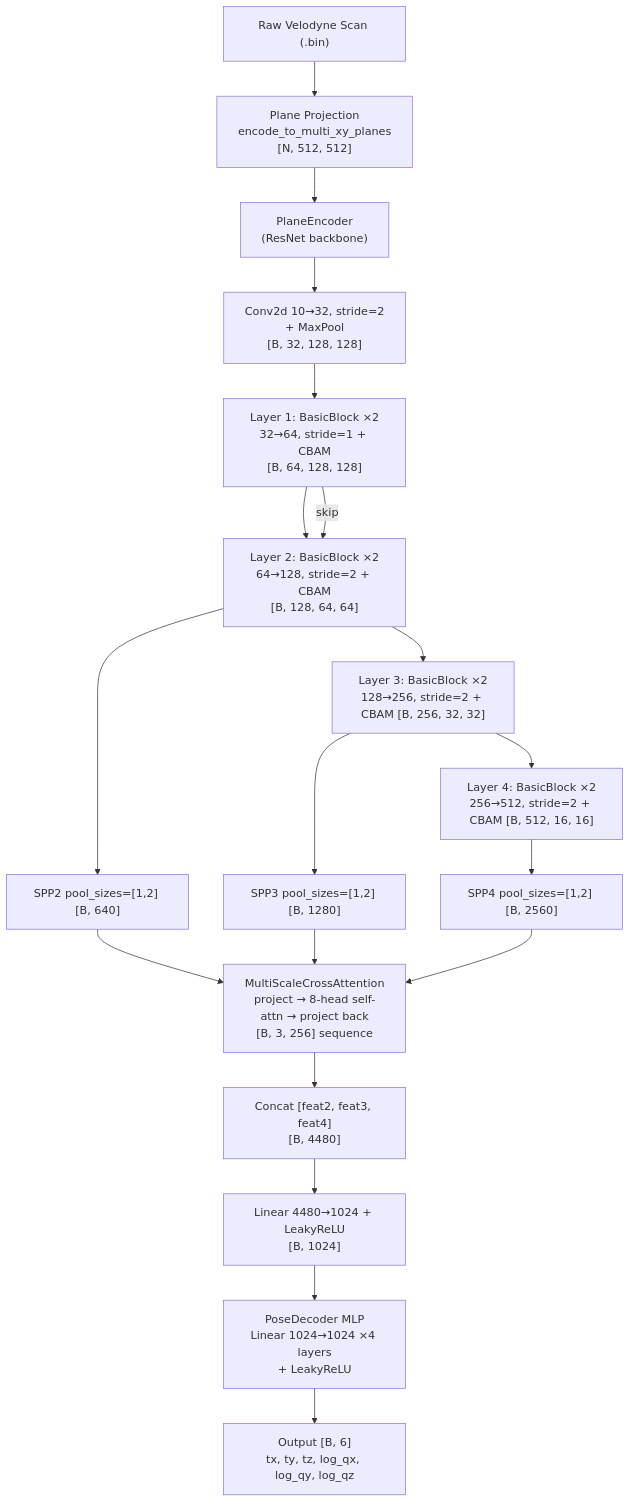
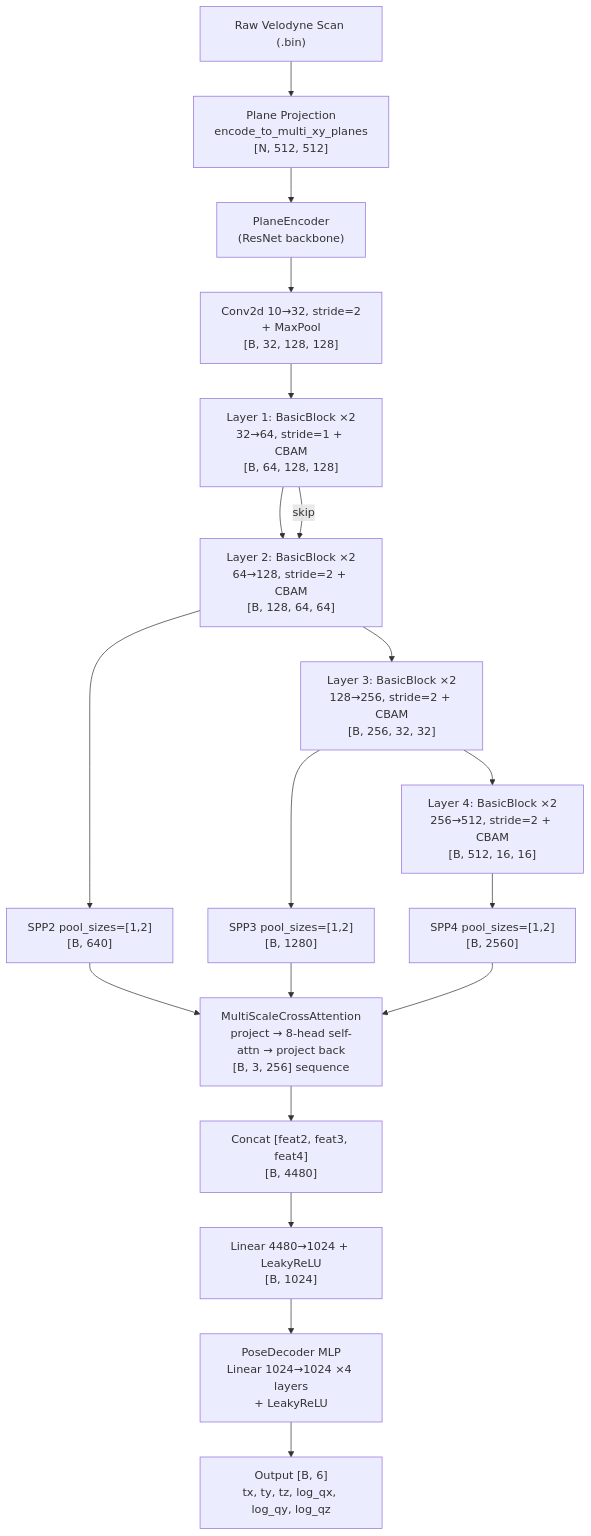
Before and after one commit to ayaancdry/HexaLoc: the first of 3 diagrams in README.md, drawn with Mermaid. The commit also changed other lines of this file, not shown here.

Commit message:
updated README with better instructions

````diff
--- a/README.md
+++ b/README.md
@@ -43,26 +43,26 @@
 ```mermaid
 flowchart TD
     A["Raw Velodyne Scan (.bin)"] --> B["Plane Projection\nencode_to_multi_xy_planes\n[N, 512, 512]"]
     B --> C["PlaneEncoder\n(ResNet backbone)"]
 
     C --> D["Conv2d 10→32, stride=2\n+ MaxPool\n[B, 32, 128, 128]"]
     D --> E["Layer 1: BasicBlock ×2\n32→64, stride=1 + CBAM\n[B, 64, 128, 128]"]
     E --> F["Layer 2: BasicBlock ×2\n64→128, stride=2 + CBAM\n[B, 128, 64, 64]"]
     E --> |skip| F
-    F --> G["Layer 3: BasicBlock ×2\n128→256, stride=2 + CBAM [B, 256, 32, 32]"]
-    G --> H["Layer 4: BasicBlock ×2\n256→512, stride=2 + CBAM [B, 512, 16, 16]"]
+    F --> G["Layer 3: BasicBlock ×2\n128→256, stride=2 + CBAM\n[B, 256, 32, 32]"]
+    G --> H["Layer 4: BasicBlock ×2\n256→512, stride=2 + CBAM\n[B, 512, 16, 16]"]
 
-    F --> SPP2["SPP2 pool_sizes=[1,2] [B, 640]"]
-    G --> SPP3["SPP3 pool_sizes=[1,2] [B, 1280]"]
-    H --> SPP4["SPP4 pool_sizes=[1,2] [B, 2560]"]
+    F --> SPP2["SPP2 pool_sizes=[1,2]\n[B, 640]"]
+    G --> SPP3["SPP3 pool_sizes=[1,2]\n[B, 1280]"]
+    H --> SPP4["SPP4 pool_sizes=[1,2]\n[B, 2560]"]
 
     SPP2 --> CA["MultiScaleCrossAttention\nproject → 8-head self-attn → project back\n[B, 3, 256] sequence"]
     SPP3 --> CA
     SPP4 --> CA
 
     CA --> CONCAT["Concat [feat2, feat3, feat4]\n[B, 4480]"]
     CONCAT --> PROJ["Linear 4480→1024 + LeakyReLU\n[B, 1024]"]
 
     PROJ --> DEC["PoseDecoder MLP\nLinear 1024→1024 ×4 layers\n+ LeakyReLU"]
     DEC --> OUT["Output [B, 6]\ntx, ty, tz, log_qx, log_qy, log_qz"]
 ```
````
